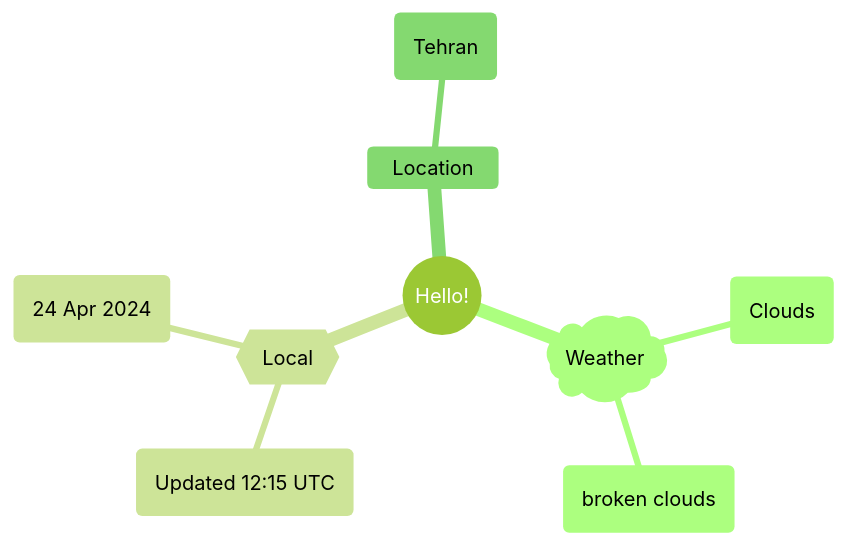
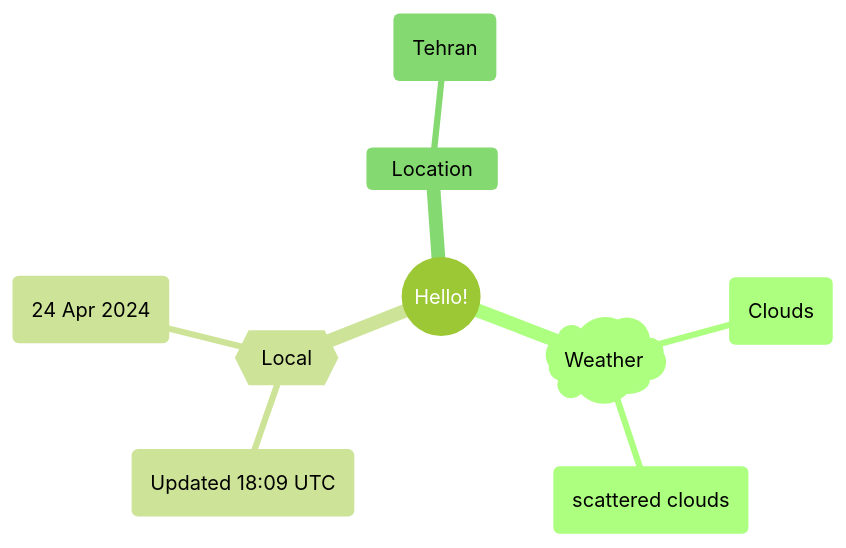
One commit to Xosrov/Xosrov changed the first of 2 diagrams in README.md. Above: the diagram before and after it, drawn with Mermaid (forest theme).

Commit message:
[bot] updated images

````diff
--- a/README.md
+++ b/README.md
@@ -3,12 +3,12 @@
 ```mermaid
 mindmap
   root((Hello!))
     )Weather(
         (Clouds)
-        (broken clouds)
+        (scattered clouds)
     {{Local}}
-        (Updated 12:15 UTC)
+        (Updated 18:09 UTC)
         (24 Apr 2024)
     Location
         (Tehran)
 ```
````
